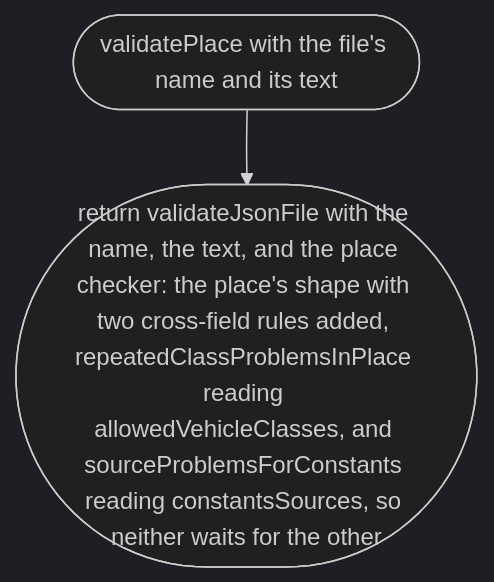
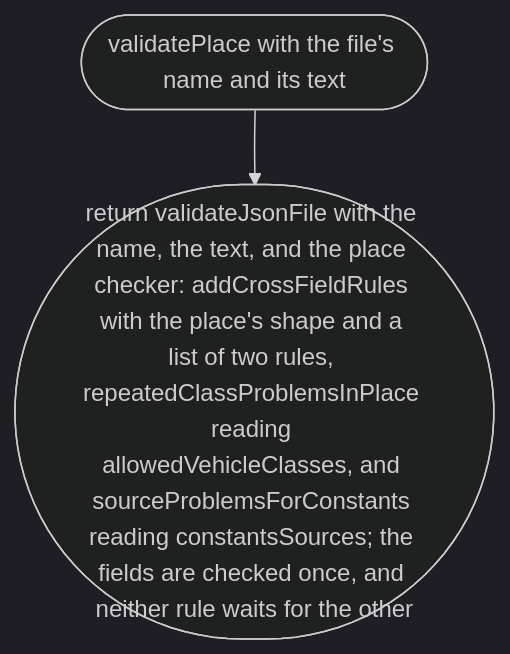
One commit to NewDara-Star/world-engine changed the fifth of 5 diagrams in docs/designs/src/place/place.md. Above: the diagram before and after it, drawn with Mermaid (dark theme). The commit also changed 10 other files, not shown here.

````diff
--- a/docs/designs/src/place/place.md
+++ b/docs/designs/src/place/place.md
@@ -71,6 +71,6 @@
 ```mermaid
 flowchart TD
   s(["validatePlace with the file's name and its text"])
-  a(["return validateJsonFile with the name, the text, and the place checker: the place's shape with two cross-field rules added, repeatedClassProblemsInPlace reading allowedVehicleClasses, and sourceProblemsForConstants reading constantsSources, so neither waits for the other"])
+  a(["return validateJsonFile with the name, the text, and the place checker: addCrossFieldRules with the place's shape and a list of two rules, repeatedClassProblemsInPlace reading allowedVehicleClasses, and sourceProblemsForConstants reading constantsSources; the fields are checked once, and neither rule waits for the other"])
   s --> a
 ```
````
